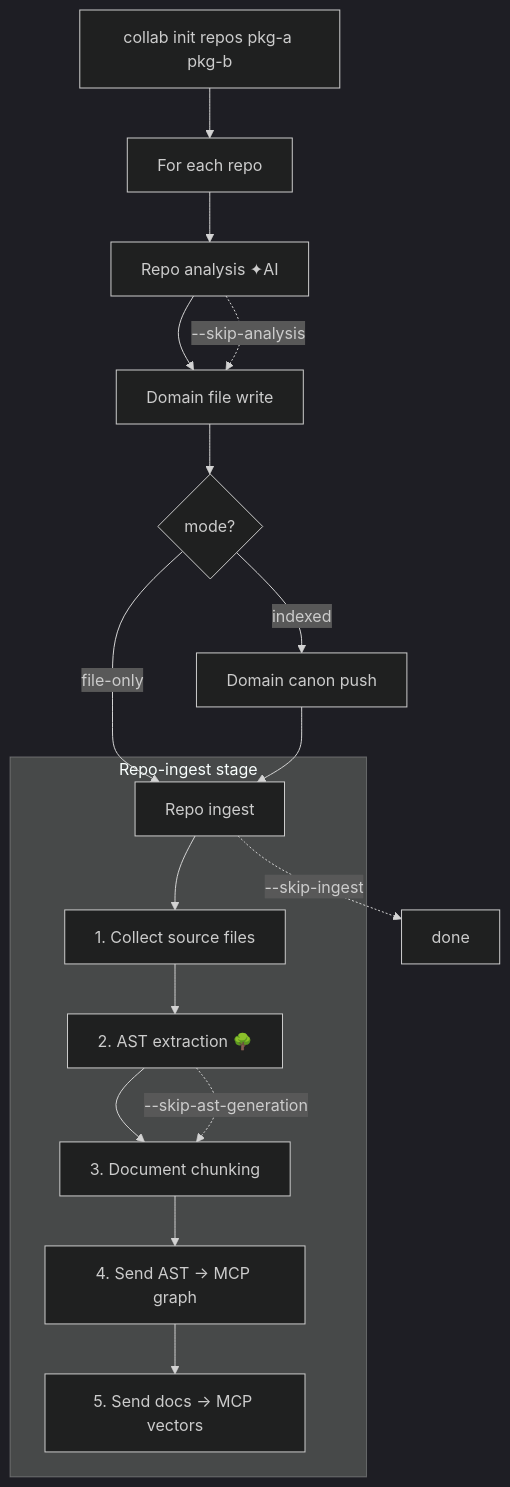
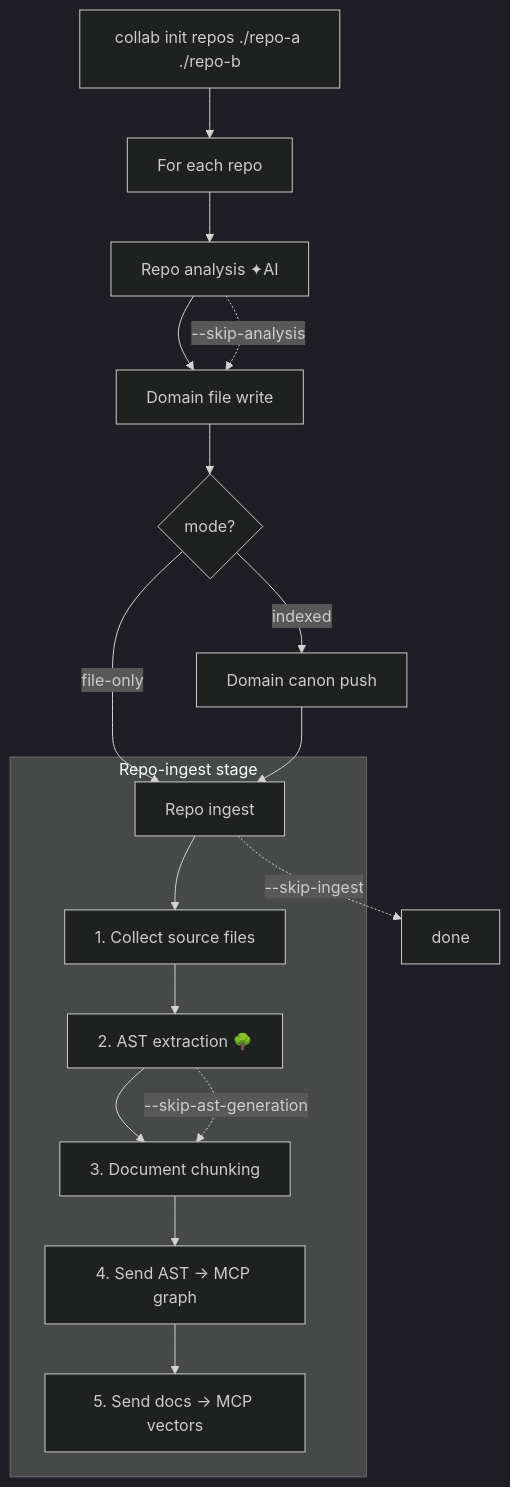
Before and after one commit to uxmaltech/collab-cli: the fifth of 11 diagrams in README.md, drawn with Mermaid (dark theme). The commit also changed other lines of this file and 1 other file, not shown here.

````diff
--- a/README.md
+++ b/README.md
@@ -223,22 +223,22 @@
 ```mermaid
 flowchart TD
-    A["collab init repos pkg-a pkg-b"] --> LOOP["For each repo"]
+    A["collab init repos ./repo-a ./repo-b"] --> LOOP["For each repo"]
     LOOP --> B["Repo analysis ✦AI"]
     B --> C["Domain file write"]
     C --> D{mode?}
     D -->|indexed| E["Domain canon push"]
     D -->|file-only| F["Repo ingest"]
     E --> F
 
     subgraph INGEST["Repo-ingest stage"]
         F --> G["1. Collect source files"]
         G --> H["2. AST extraction 🌳"]
         H --> I["3. Document chunking"]
         I --> J["4. Send AST → MCP graph"]
         J --> K["5. Send docs → MCP vectors"]
     end
 
     B -. "--skip-analysis" .-> C
     F -. "--skip-ingest" .-> END["done"]
     H -. "--skip-ast-generation" .-> I
 ```
````
